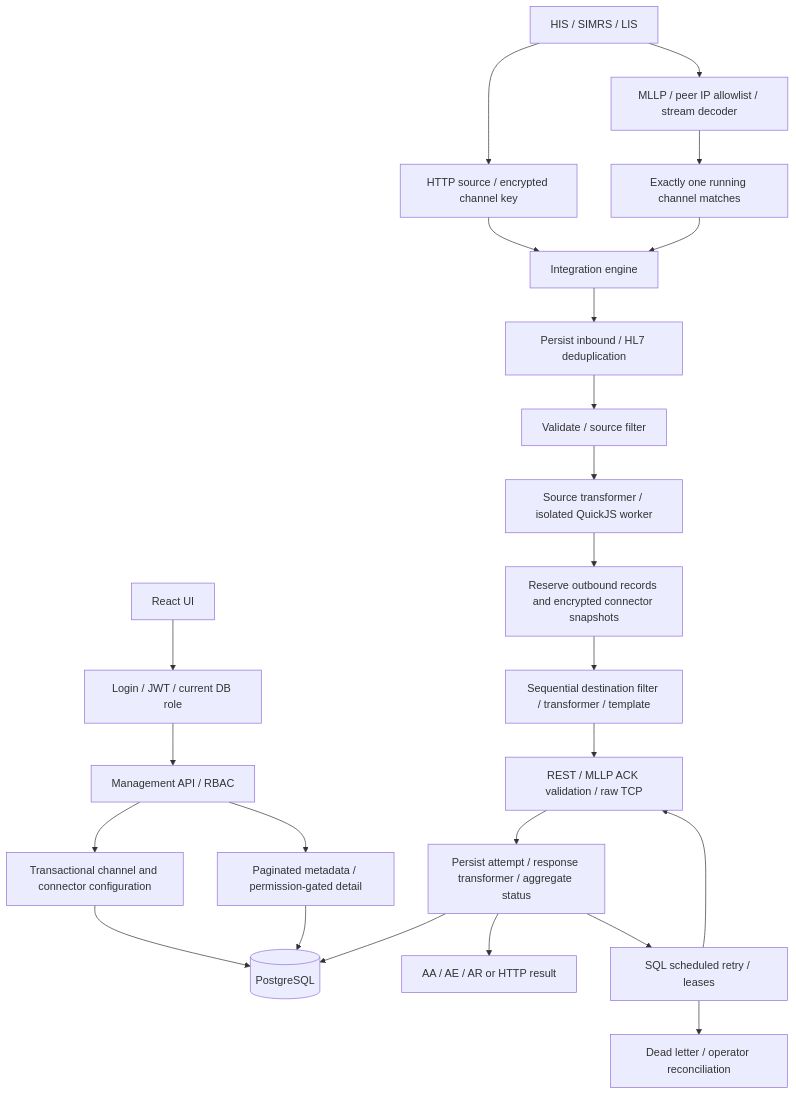
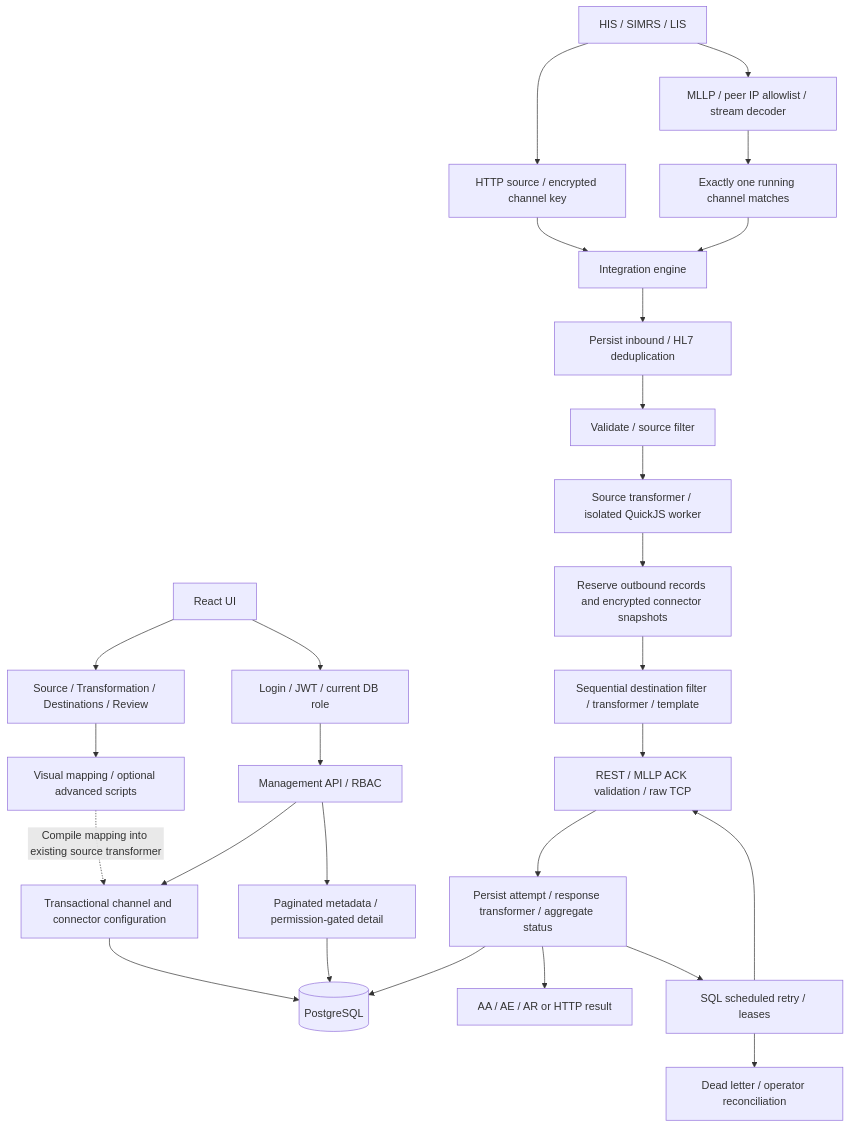
Before and after one commit to mariaanggelika11/Mirth-Connect: the first of 2 diagrams in docs/ARCHITECTURE.md, drawn with Mermaid. The commit also changed other lines of this file and 42 other files, not shown here.

Commit message:
feat: add visual transformation and four-step channel wizard

````diff
--- a/docs/ARCHITECTURE.md
+++ b/docs/ARCHITECTURE.md
@@ -5,26 +5,29 @@
 ```mermaid
 flowchart TD
   UI[React UI] --> LOGIN[Login / JWT / current DB role]
+  UI --> WIZARD[Source / Transformation / Destinations / Review]
+  WIZARD --> MAP[Visual mapping / optional advanced scripts]
+  MAP -. Compile mapping into existing source transformer .-> CONFIG
   LOGIN --> API[Management API / RBAC]
   API --> CONFIG[Transactional channel and connector configuration]
   API --> MONITOR[Paginated metadata / permission-gated detail]
   CONFIG --> SQL[(PostgreSQL)]
   MONITOR --> SQL
   HIS[HIS / SIMRS / LIS] --> HTTP[HTTP source / encrypted channel key]
   HIS --> MLLP[MLLP / peer IP allowlist / stream decoder]
   MLLP --> ROUTE[Exactly one running channel matches]
   HTTP --> ENGINE[Integration engine]
   ROUTE --> ENGINE
   ENGINE --> IN[Persist inbound / HL7 deduplication]
   IN --> VALIDATE[Validate / source filter]
   VALIDATE --> QJS[Source transformer / isolated QuickJS worker]
   QJS --> OUT[Reserve outbound records and encrypted connector snapshots]
   OUT --> DEST[Sequential destination filter / transformer / template]
   DEST --> SEND[REST / MLLP ACK validation / raw TCP]
   SEND --> RESULT[Persist attempt / response transformer / aggregate status]
   RESULT --> SQL
   RESULT --> ACK[AA / AE / AR or HTTP result]
   RESULT --> RETRY[SQL scheduled retry / leases]
   RETRY --> SEND
   RETRY --> DL[Dead letter / operator reconciliation]
 ```
````
